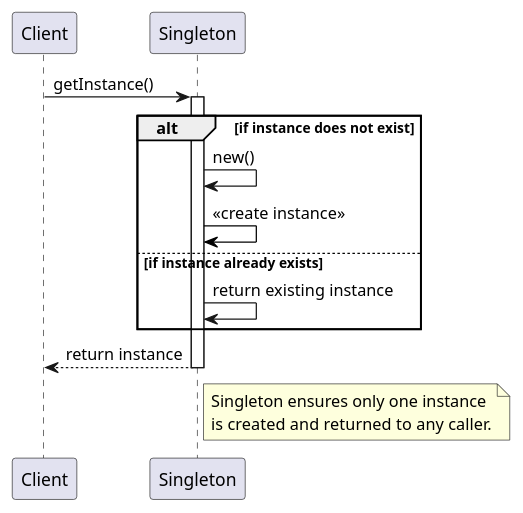
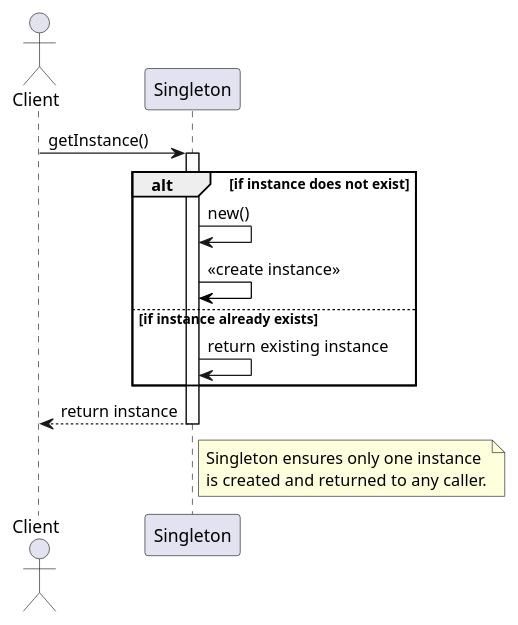
Before and after one commit to Gabriel-SoftwareAG/DesignPatterns: the diagram in plantUml/singleton_sequence_diagram.plantuml, drawn with PlantUML. The commit also changed 10 other files, not shown here.

Commit message:
fix sequence diagrams

```diff
--- a/plantUml/singleton_sequence_diagram.plantuml
+++ b/plantUml/singleton_sequence_diagram.plantuml
@@ -1,21 +1,21 @@
 @startuml SingletonPatternSequenceDiagram
 
-participant Client
+actor Client
 participant Singleton
 
 Client -> Singleton : getInstance()
 activate Singleton
 
 alt if instance does not exist
     Singleton -> Singleton : new()
     Singleton -[#black]> Singleton : <<create instance>>
 else if instance already exists
     Singleton -> Singleton : return existing instance
 end
 
 Singleton --> Client : return instance
 deactivate Singleton
 
 note right of Singleton : Singleton ensures only one instance\nis created and returned to any caller.
 
 @enduml
```
